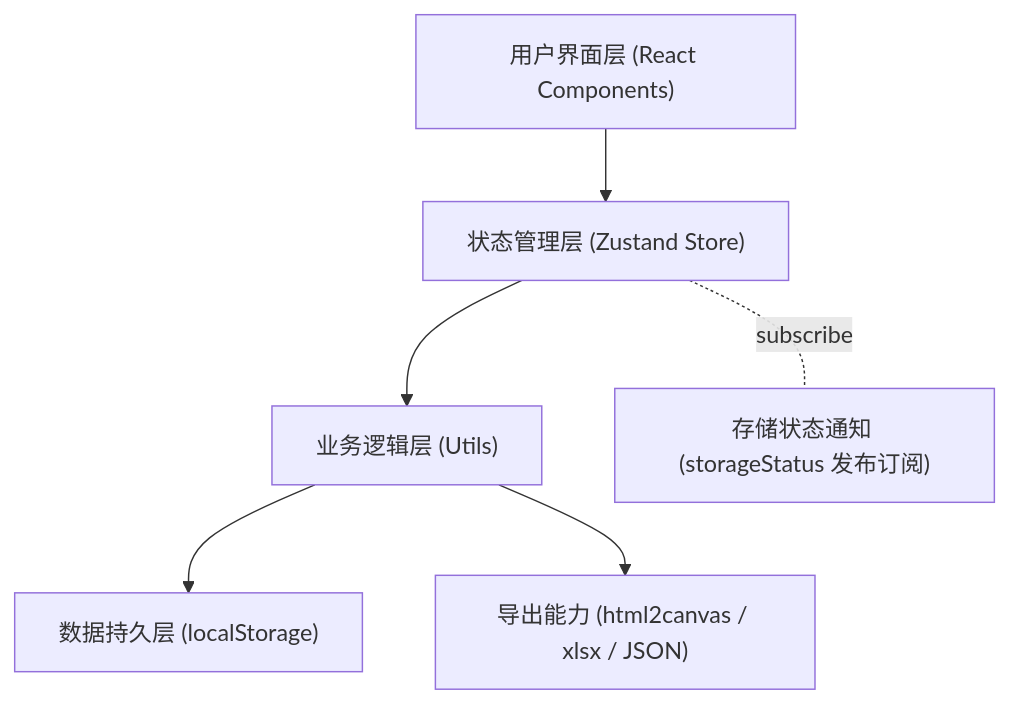
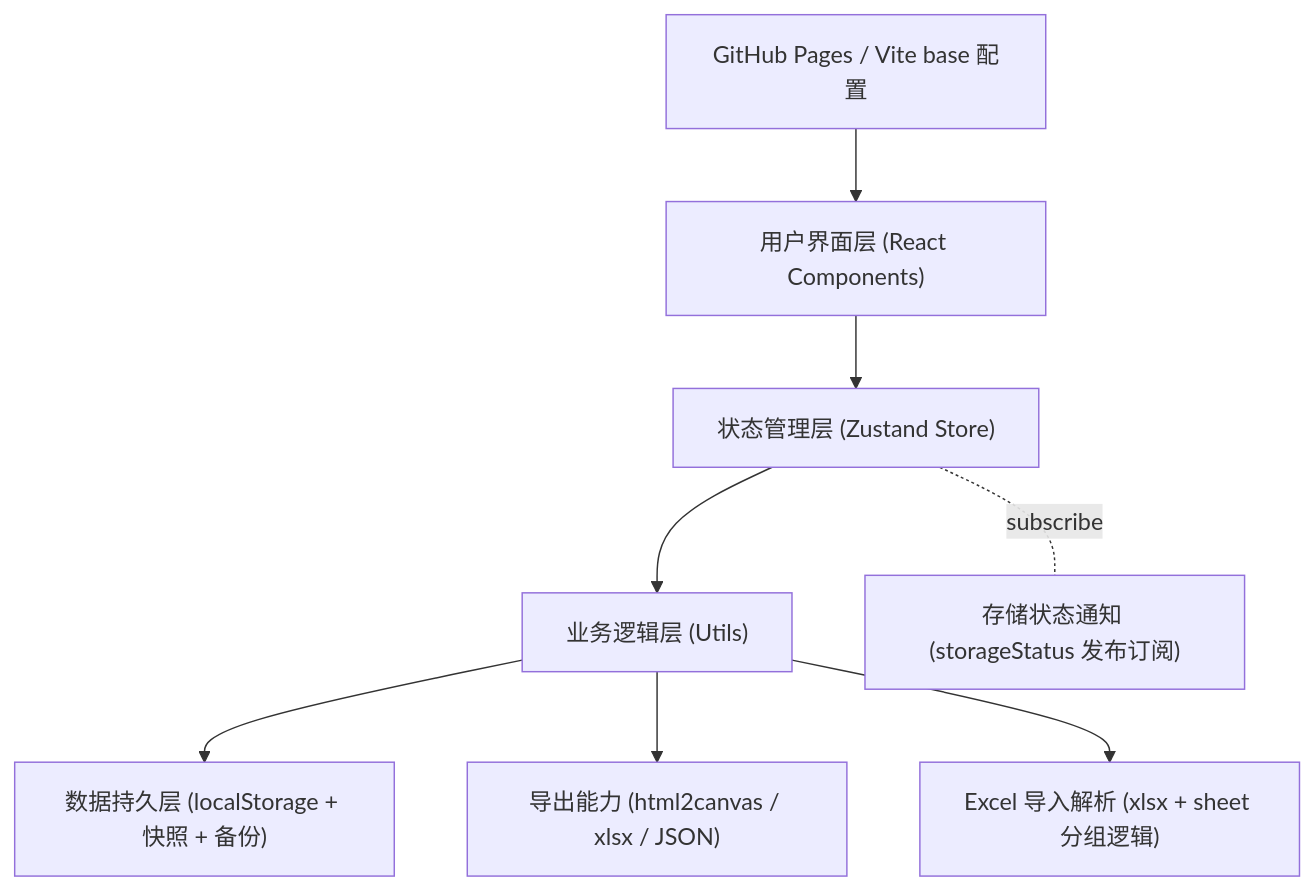
Before and after one commit to yyt43/match-statistic: the first of 2 diagrams in .trae/documents/技术架构-瑞士轮比赛战绩统计.md, drawn with Mermaid. The commit also changed other lines of this file and 4 other files, not shown here.

````diff
--- a/.trae/documents/技术架构-瑞士轮比赛战绩统计.md
+++ b/.trae/documents/技术架构-瑞士轮比赛战绩统计.md
@@ -5,8 +5,10 @@
 ```mermaid
 flowchart TD
     A["用户界面层 (React Components)"] --> B["状态管理层 (Zustand Store)"]
     B --> C["业务逻辑层 (Utils)"]
-    C --> D["数据持久层 (localStorage)"]
+    C --> D["数据持久层 (localStorage + 快照 + 备份)"]
     C --> E["导出能力 (html2canvas / xlsx / JSON)"]
-    B -.subscribe.- F["存储状态通知 (storageStatus 发布订阅)"]
+    C --> F["Excel 导入解析 (xlsx + sheet 分组逻辑)"]
+    B -.subscribe.- G["存储状态通知 (storageStatus 发布订阅)"]
+    H["GitHub Pages / Vite base 配置"] --> A
 ```
````
